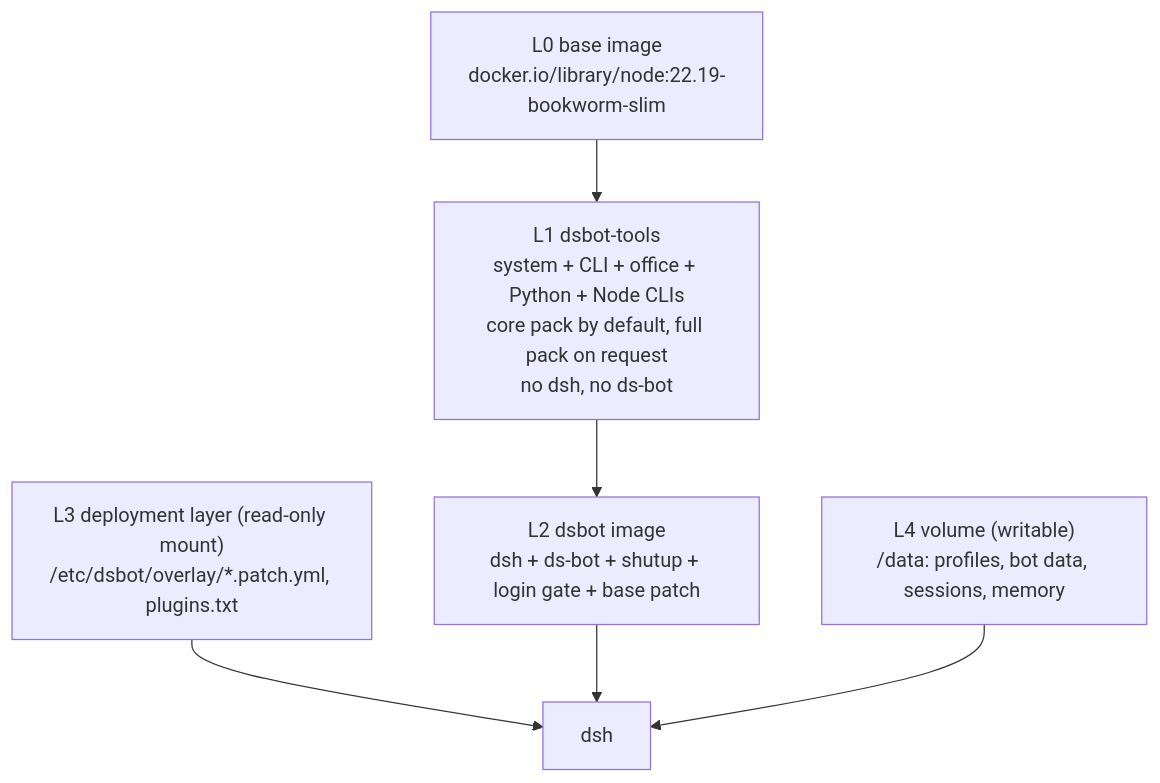
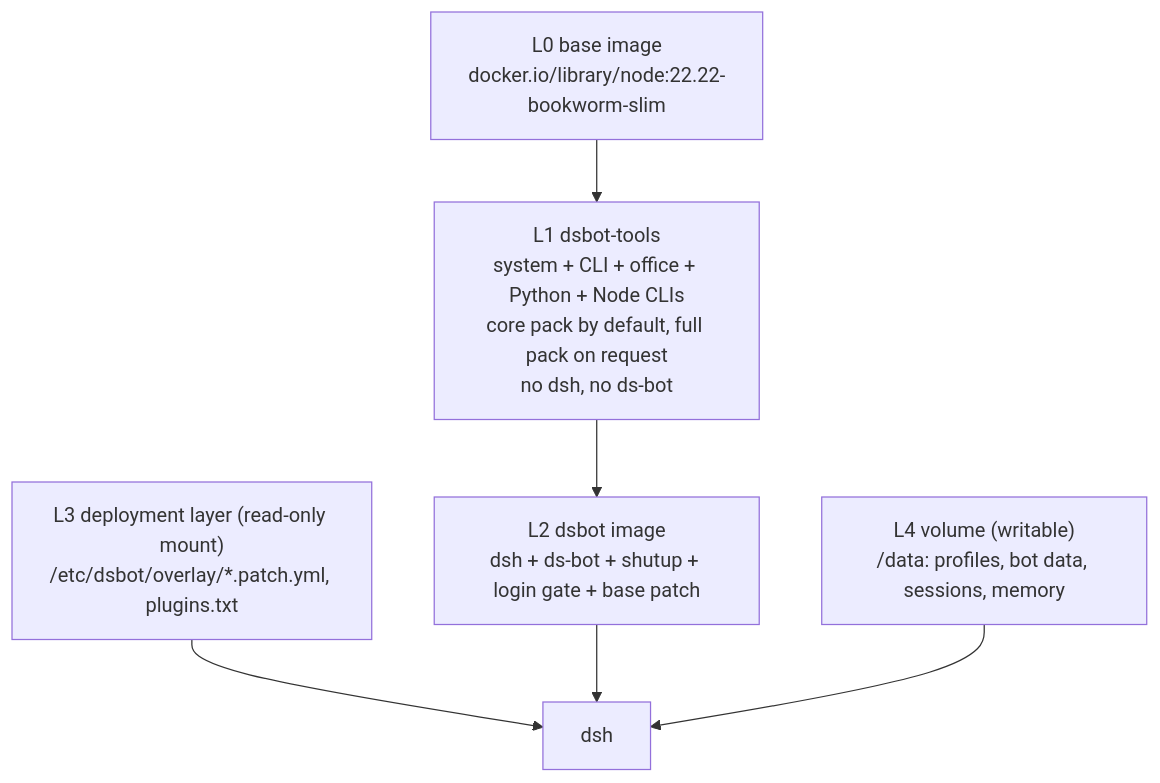
One commit to zerodegress/dsbot-containers changed the diagram in docs/architecture.md. Above: the diagram before and after it, drawn with Mermaid. The commit also changed other lines of this file and 4 other files, not shown here.

First line of the commit message:
fix(image): start both layers from node 22.22

````diff
--- a/docs/architecture.md
+++ b/docs/architecture.md
@@ -5,12 +5,12 @@
 ```mermaid
 flowchart TB
-  L0["L0 base image<br/>docker.io/library/node:22.19-bookworm-slim"]
+  L0["L0 base image<br/>docker.io/library/node:22.22-bookworm-slim"]
   L1["L1 dsbot-tools<br/>system + CLI + office + Python + Node CLIs<br/>core pack by default, full pack on request<br/>no dsh, no ds-bot"]
   L2["L2 dsbot image<br/>dsh + ds-bot + shutup + login gate + base patch"]
   L3["L3 deployment layer (read-only mount)<br/>/etc/dsbot/overlay/*.patch.yml, plugins.txt"]
   L4["L4 volume (writable)<br/>/data: profiles, bot data, sessions, memory"]
   L0 --> L1 --> L2
   L3 --> RUN["dsh"]
   L2 --> RUN
   L4 --> RUN
 ```
````
